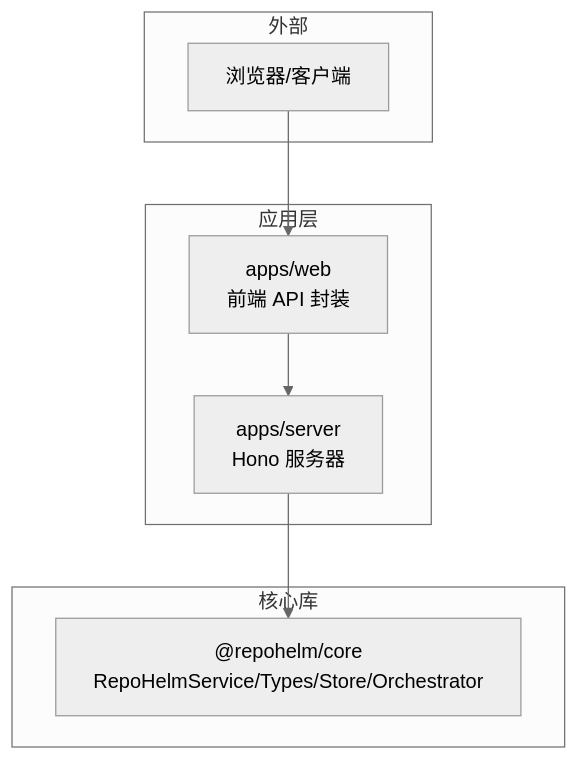
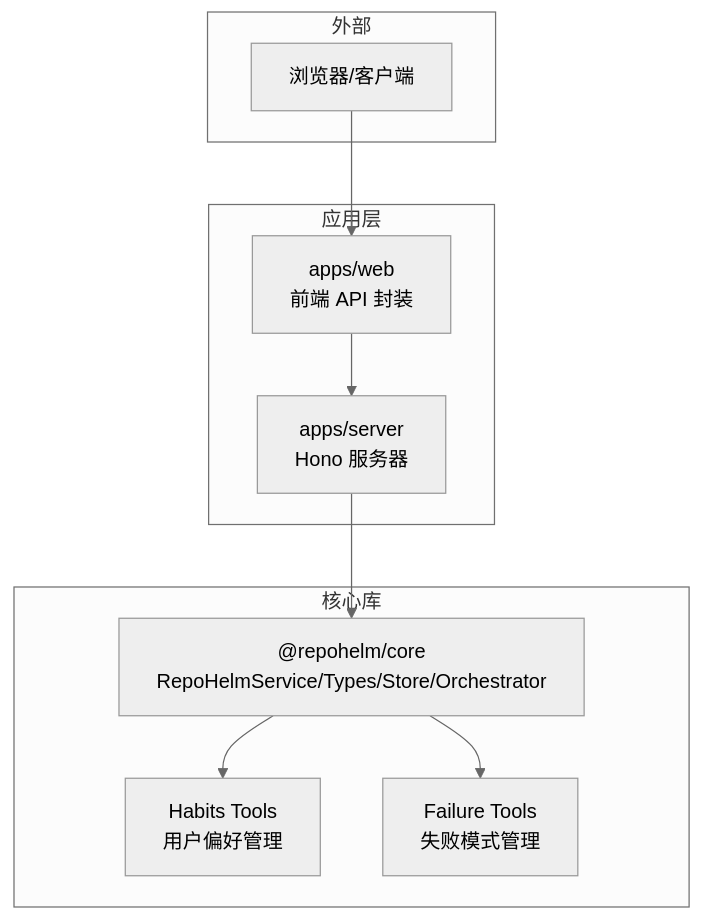
The first of 3 diagrams in .qoder/repowiki/zh/content/服务器 API 设计/服务器 API 设计.md (coconilu/RepoHelm), drawn with Mermaid (neutral theme) before and after one commit. The commit also changed other lines of this file and 12 other files, not shown here.

````diff
--- a/.qoder/repowiki/zh/content/服务器 API 设计/服务器 API 设计.md
+++ b/.qoder/repowiki/zh/content/服务器 API 设计/服务器 API 设计.md
@@ -43,16 +45,20 @@
 ```mermaid
 graph TB
 subgraph "应用层"
 S["apps/server<br/>Hono 服务器"]
 W["apps/web<br/>前端 API 封装"]
 end
 subgraph "核心库"
 C["@repohelm/core<br/>RepoHelmService/Types/Store/Orchestrator"]
+T1["Habits Tools<br/>用户偏好管理"]
+T2["Failure Tools<br/>失败模式管理"]
 end
 subgraph "外部"
 F["浏览器/客户端"]
 end
 F --> W
 W --> S
 S --> C
+C --> T1
+C --> T2
 ```
````
